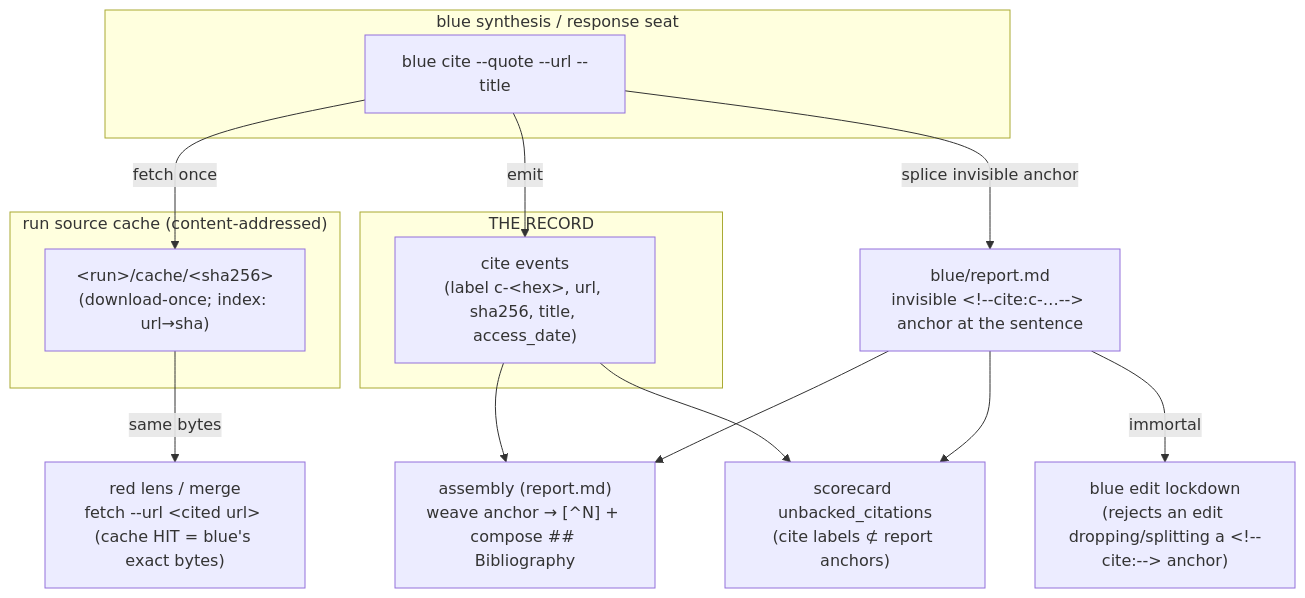
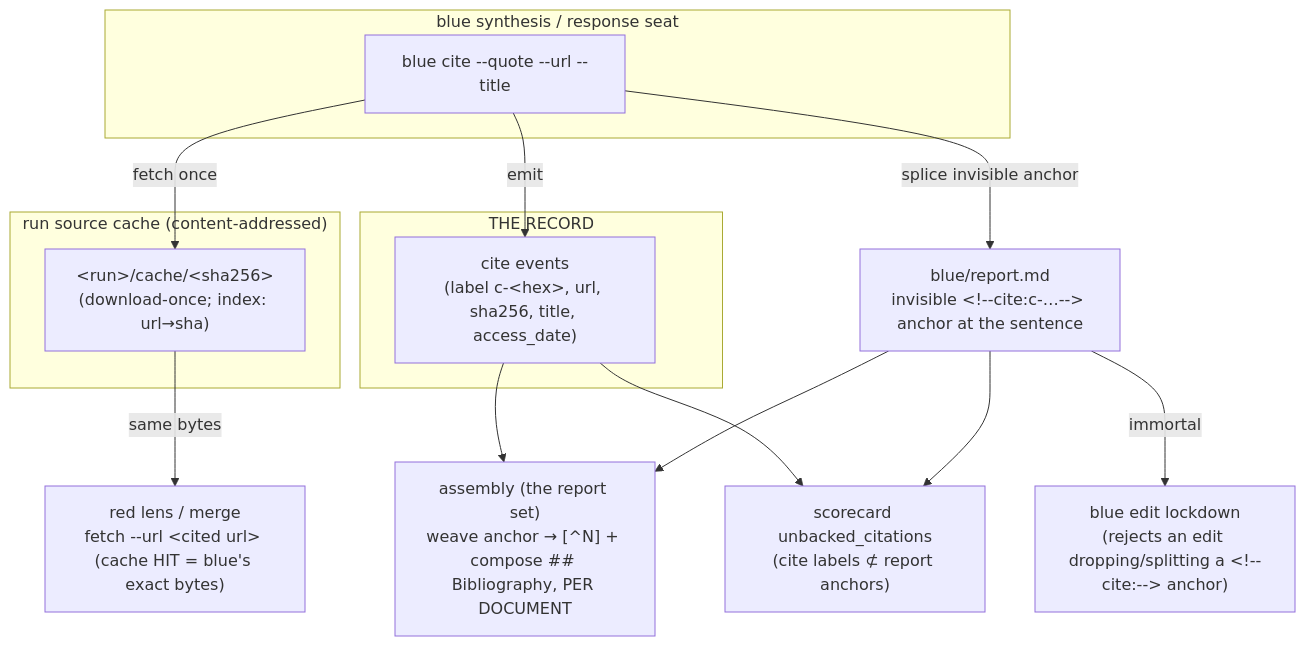
The second of 2 diagrams in plugins/frank-exchange-of-views/docs/record-flow.md (ctoforaday/special-circumstances), drawn with Mermaid before and after one commit. The commit also changed other lines of this file and 41 other files, not shown here.

````diff
--- a/plugins/frank-exchange-of-views/docs/record-flow.md
+++ b/plugins/frank-exchange-of-views/docs/record-flow.md
@@ -69,27 +71,27 @@
 ```mermaid
 flowchart TB
   subgraph blue["blue synthesis / response seat"]
     BC["blue cite --quote --url --title"]
   end
   subgraph cache["run source cache (content-addressed)"]
     CF["&lt;run&gt;/cache/&lt;sha256&gt;<br/>(download-once; index: url→sha)"]
   end
   subgraph record["THE RECORD"]
     CEV["cite events<br/>(label c-&lt;hex&gt;, url, sha256, title, access_date)"]
   end
   RPT["blue/report.md<br/>invisible &lt;!--cite:c-…--&gt; anchor at the sentence"]
   RED["red lens / merge<br/>fetch --url &lt;cited url&gt; (cache HIT = blue's exact bytes)"]
-  ASM["assembly (report.md)<br/>weave anchor → [^N] + compose ## Bibliography"]
+  ASM["assembly (the report set)<br/>weave anchor → [^N] + compose ## Bibliography, PER DOCUMENT"]
   DET["scorecard unbacked_citations<br/>(cite labels ⊄ report anchors)"]
   LOCK["blue edit lockdown<br/>(rejects an edit dropping/splitting a &lt;!--cite:--&gt; anchor)"]
 
   BC -->|fetch once| CF
   BC -->|emit| CEV
   BC -->|splice invisible anchor| RPT
   CF -->|same bytes| RED
   RPT -->|immortal| LOCK
   CEV --> ASM
   RPT --> ASM
   CEV --> DET
   RPT --> DET
 ```
````
